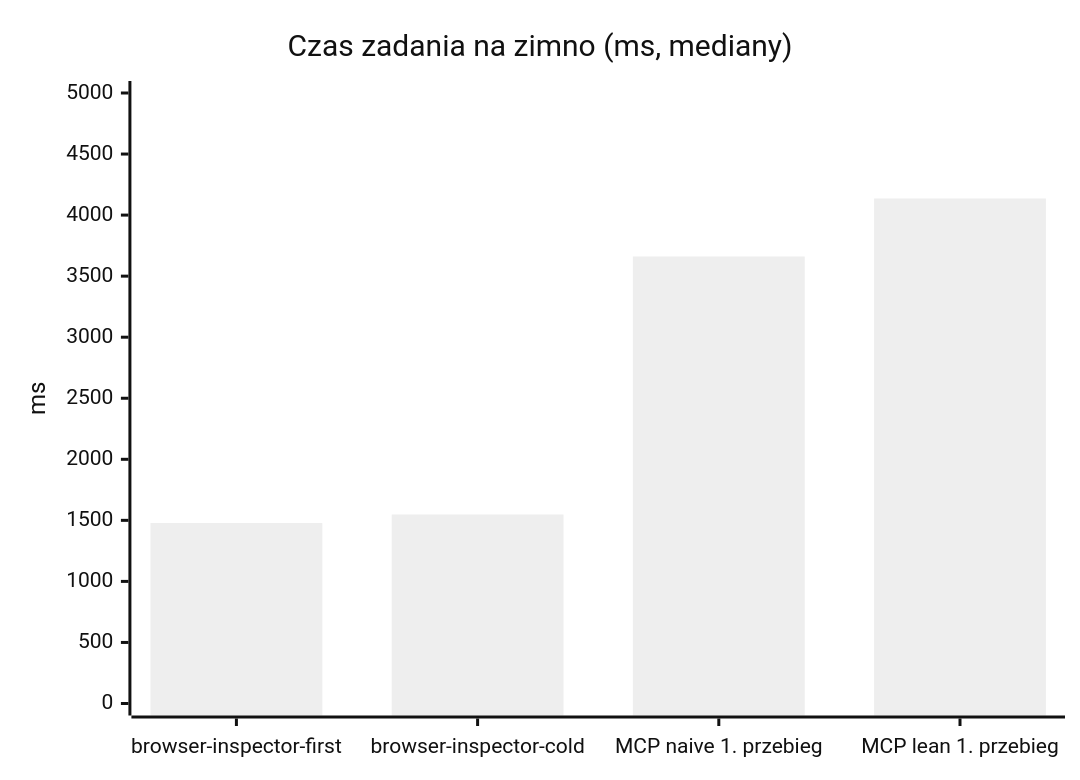
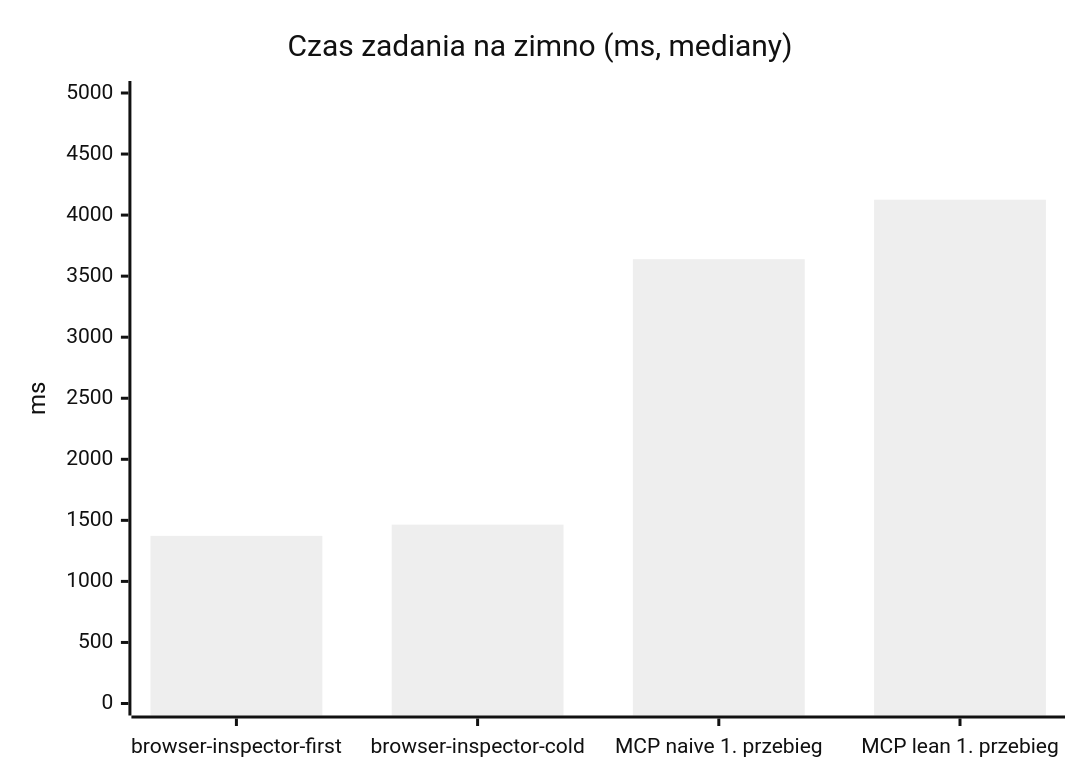
The second of 3 diagrams in bench/RAPORT.md (nowiro/scribe-devtools), drawn with Mermaid (neutral theme) before and after one commit. The commit also changed other lines of this file and 21 other files, not shown here.

````diff
--- a/bench/RAPORT.md
+++ b/bench/RAPORT.md
@@ -35,7 +35,7 @@
 ```mermaid
 xychart-beta
     title "Czas zadania na zimno (ms, mediany)"
     x-axis ["browser-inspector-first", "browser-inspector-cold", "MCP naive 1. przebieg", "MCP lean 1. przebieg"]
     y-axis "ms" 0 --> 5000
-    bar [1478, 1548, 3661, 4136]
+    bar [1373, 1465, 3639, 4126]
 ```
````
